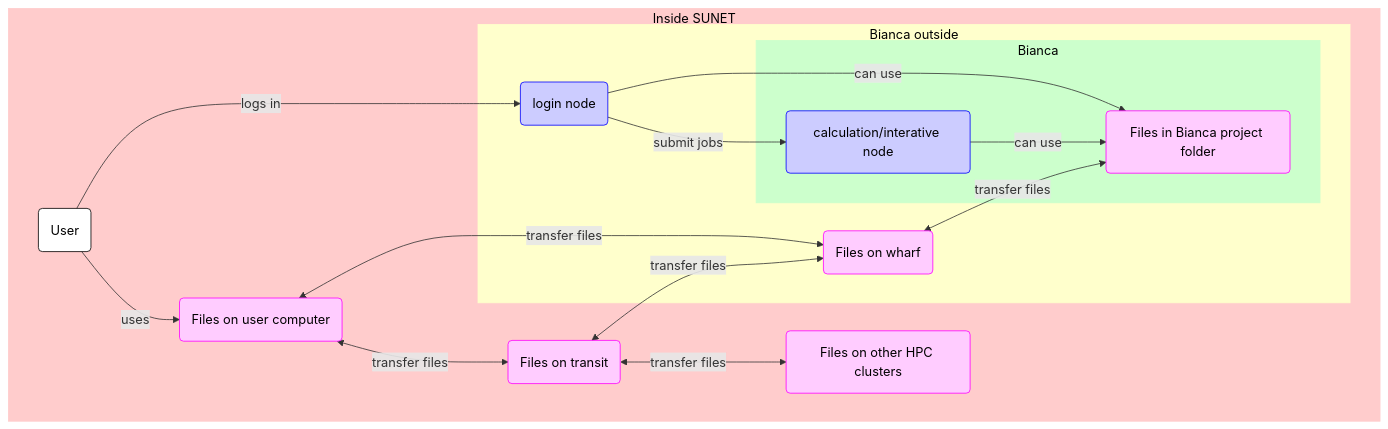
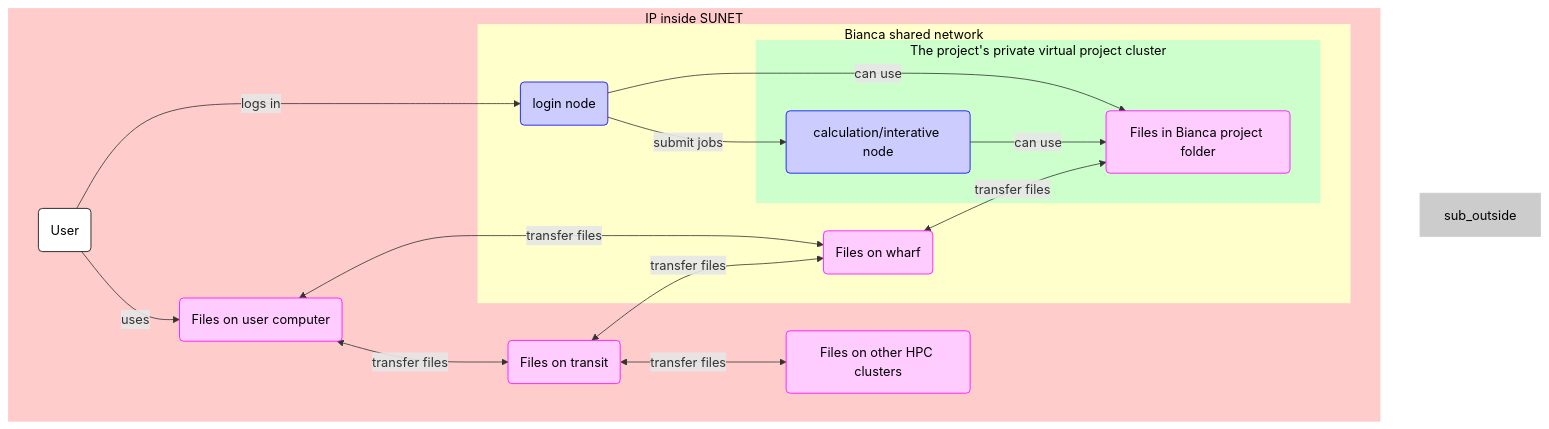
Before and after one commit to UPPMAX/UPPMAX-documentation: the second of 2 diagrams in docs/cluster_guides/bianca_file_transfer_using_gui.md, drawn with Mermaid. The commit also changed other lines of this file and 1 other file, not shown here.

Commit message:
Use same names and colors for same IPs

````diff
--- a/docs/cluster_guides/bianca_file_transfer_using_gui.md
+++ b/docs/cluster_guides/bianca_file_transfer_using_gui.md
@@ -231,39 +231,46 @@
 ```mermaid
 flowchart TD
 
     %% Give a white background to all nodes, instead of a transparent one
     classDef node fill:#fff,color:#000,stroke:#000
 
     %% Graph nodes for files and calculations
     classDef file_node fill:#fcf,color:#000,stroke:#f0f
     classDef calculation_node fill:#ccf,color:#000,stroke:#00f
 
-    subgraph sunet[Inside SUNET]
-      subgraph bianca_outside[Bianca outside]
+    subgraph sub_inside[IP inside SUNET]
+      subgraph sub_bianca_shared_env[Bianca shared network]
         login_node(login node):::calculation_node
         files_on_wharf(Files on wharf):::file_node
-        subgraph bianca_inside[Bianca]
+        subgraph sub_bianca_private_env[The project's private virtual project cluster]
           calculation_node(calculation/interative node):::calculation_node
           files_in_bianca_project(Files in Bianca project folder):::file_node
         end
       end
       user(User)
       user_local_files(Files on user computer):::file_node
       files_on_transit(Files on transit):::file_node
       files_on_other_clusters(Files on other HPC clusters):::file_node
     end
-    style bianca_inside fill:#cfc,color:#000,stroke:#cfc
-    style bianca_outside fill:#ffc,color:#000,stroke:#ffc
-    style sunet fill:#fcc,color:#000,stroke:#fcc
+
+    %% Shared subgraph color scheme
+    style sub_outside fill:#ccc,color:#000,stroke:#ccc
+    style sub_inside fill:#fcc,color:#000,stroke:#fcc
+    style sub_bianca_shared_env fill:#ffc,color:#000,stroke:#ffc
+    style sub_bianca_private_env fill:#cfc,color:#000,stroke:#cfc
+
+    %%style bianca_inside fill:#cfc,color:#000,stroke:#cfc
+    %%style bianca_outside fill:#ffc,color:#000,stroke:#ffc
+    %%style sunet fill:#fcc,color:#000,stroke:#fcc
 
     user --> |logs in |login_node
     user --> |uses| user_local_files
     user_local_files <--> |transfer files|files_on_wharf
     user_local_files <--> |transfer files|files_on_transit
     files_on_transit <--> |transfer files|files_on_wharf
     files_on_transit <--> |transfer files|files_on_other_clusters
     login_node --> |submit jobs|calculation_node
     login_node --> |can use|files_in_bianca_project
     calculation_node --> |can use|files_in_bianca_project
     files_on_wharf <--> |transfer files| files_in_bianca_project
 ```
````
